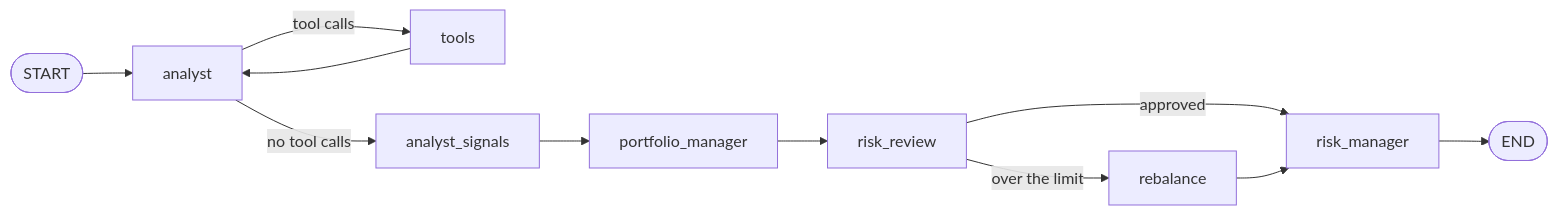
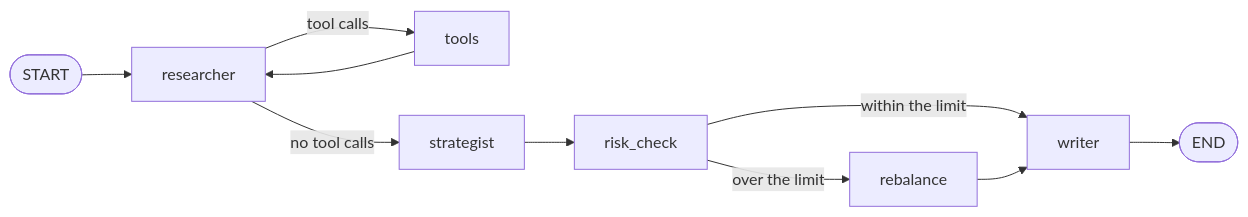
Before and after one commit to jacopomanenti01/hackathon-notes: the diagram in content/LangGraph/Workflow in LangGraph.md, drawn with Mermaid. The commit also changed other lines of this file and 15 other files, not shown here.

````diff
--- a/content/LangGraph/Workflow in LangGraph.md
+++ b/content/LangGraph/Workflow in LangGraph.md
@@ -24,13 +67,9 @@
 ```mermaid
 flowchart LR
-    S([START]) --> A["analyst"]
-    A -->|tool calls| T["tools"]
-    T --> A
-    A -->|no tool calls| AS["analyst_signals"]
-    AS --> PM["portfolio_manager"]
-    PM --> RR["risk_review"]
-    RR -->|approved| RM["risk_manager"]
-    RR -->|over the limit| RB["rebalance"]
-    RB --> RM
-    RM --> E([END])
+    S([START]) --> R["researcher"]
+    R -->|tool calls| T["tools"] --> R
+    R -->|no tool calls| P["strategist"] --> C["risk_check"]
+    C -->|within the limit| W["writer"]
+    C -->|over the limit| B["rebalance"] --> W
+    W --> E([END])
 ```
````
